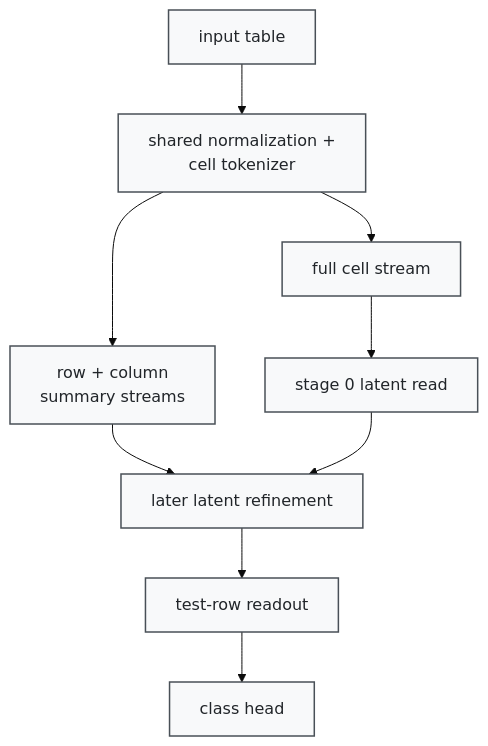
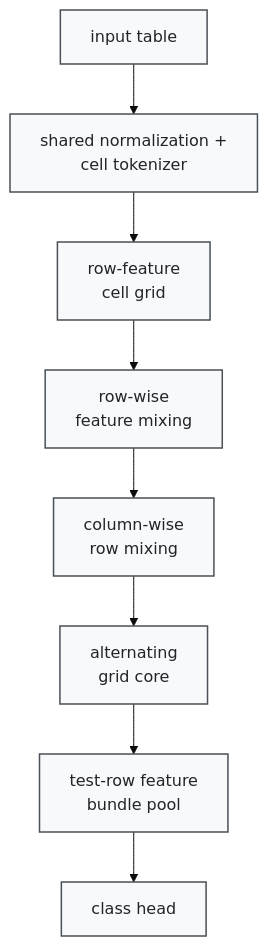
Before and after one commit to bensonlee5/tab-foundry: the second of 2 diagrams in README.md, drawn with Mermaid (base theme). The commit also changed other lines of this file and 19 other files, not shown here.

````diff
--- a/README.md
+++ b/README.md
@@ -164,13 +165,12 @@
 ```mermaid
 graph TD
     A[input table] --> B[shared normalization +<br>cell tokenizer]
-    B --> C[full cell stream]
-    B --> D[row + column<br>summary streams]
-    C --> E[stage 0 latent read]
-    D --> F[later latent refinement]
-    E --> F
-    F --> G[test-row readout]
+    B --> C[row-feature<br>cell grid]
+    C --> D[row-wise<br>feature mixing]
+    D --> E[column-wise<br>row mixing]
+    E --> F[alternating<br>grid core]
+    F --> G[test-row feature<br>bundle pool]
     G --> H[class head]
 
     classDef default fill:#f8f9fa,stroke:#495057,stroke-width:1.5px,color:#212529
 ```
````
